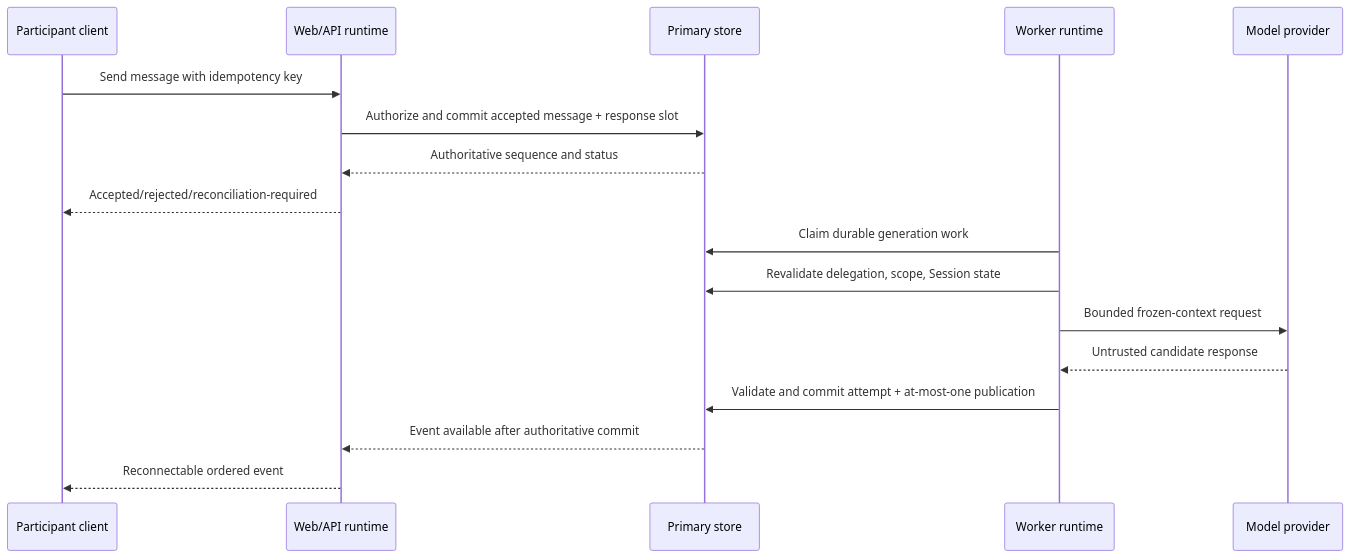
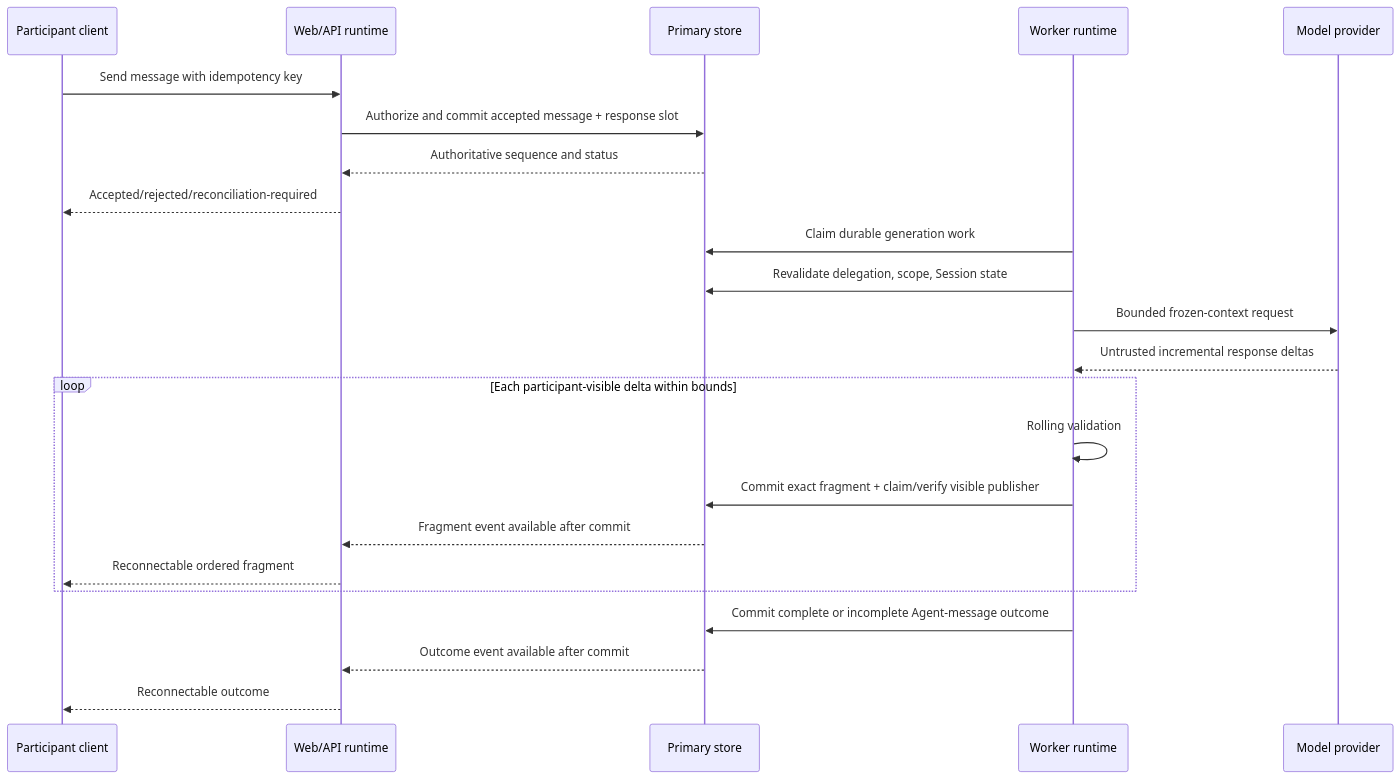
One commit to trannamtrung1st/flex-agent changed the second of 2 diagrams in docs/architecture/mvp-architecture.md. Above: the diagram before and after it, drawn with Mermaid. The commit also changed other lines of this file and 13 other files, not shown here.

````diff
--- a/docs/architecture/mvp-architecture.md
+++ b/docs/architecture/mvp-architecture.md
@@ -560,20 +565,26 @@
 ```mermaid
 sequenceDiagram
   participant P as Participant client
   participant W as Web/API runtime
   participant D as Primary store
   participant B as Worker runtime
   participant M as Model provider
 
   P->>W: Send message with idempotency key
   W->>D: Authorize and commit accepted message + response slot
   D-->>W: Authoritative sequence and status
   W-->>P: Accepted/rejected/reconciliation-required
   B->>D: Claim durable generation work
   B->>D: Revalidate delegation, scope, Session state
   B->>M: Bounded frozen-context request
-  M-->>B: Untrusted candidate response
-  B->>D: Validate and commit attempt + at-most-one publication
-  D-->>W: Event available after authoritative commit
-  W-->>P: Reconnectable ordered event
+  M-->>B: Untrusted incremental response deltas
+  loop Each participant-visible delta within bounds
+    B->>B: Rolling validation
+    B->>D: Commit exact fragment + claim/verify visible publisher
+    D-->>W: Fragment event available after commit
+    W-->>P: Reconnectable ordered fragment
+  end
+  B->>D: Commit complete or incomplete Agent-message outcome
+  D-->>W: Outcome event available after commit
+  W-->>P: Reconnectable outcome
 ```
````
